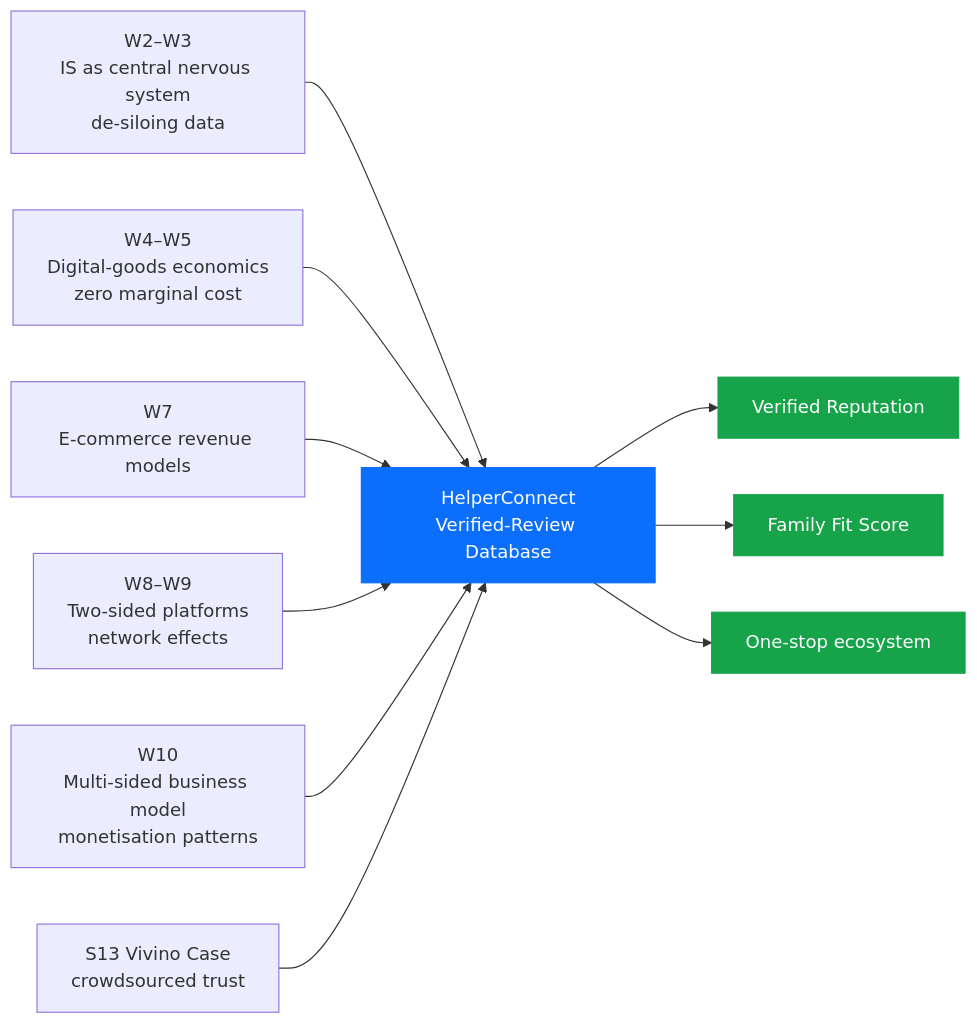
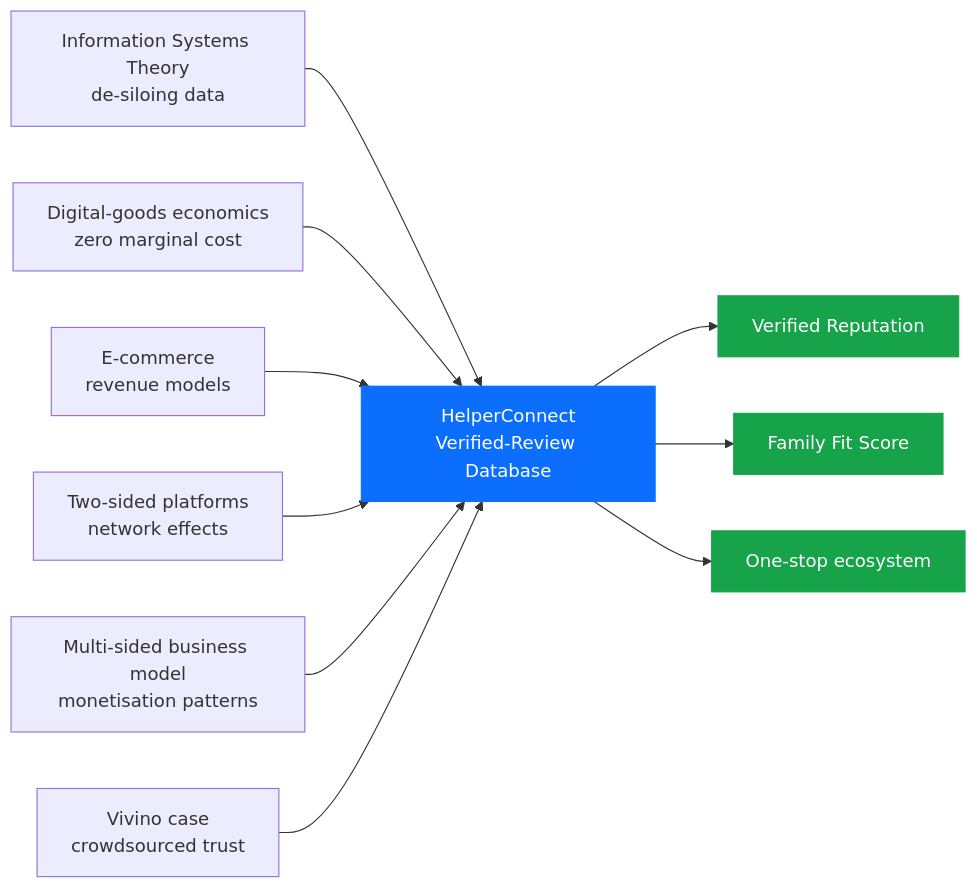
One commit to LU-Chuanyu/isom2010 changed the first of 10 diagrams in HelperConnect_Final_Report.md. Above: the diagram before and after it, drawn with Mermaid. The commit also changed other lines of this file, not shown here.

````diff
--- a/HelperConnect_Final_Report.md
+++ b/HelperConnect_Final_Report.md
@@ -57,17 +57,17 @@
 ```mermaid
 flowchart LR
-    A["W2–W3<br/>IS as central nervous system<br/>de-siloing data"] --> P["HelperConnect<br/>Verified-Review Database"]
-    B["W4–W5<br/>Digital-goods economics<br/>zero marginal cost"] --> P
-    C["W7<br/>E-commerce revenue models"] --> P
-    D["W8–W9<br/>Two-sided platforms<br/>network effects"] --> P
-    E["W10<br/>Multi-sided business model<br/>monetisation patterns"] --> P
-    F["S13 Vivino Case<br/>crowdsourced trust"] --> P
+    A["Information Systems Theory<br/>de-siloing data"] --> P["HelperConnect<br/>Verified-Review Database"]
+    B["Digital-goods economics<br/>zero marginal cost"] --> P
+    C["E-commerce<br/>revenue models"] --> P
+    D["Two-sided platforms<br/>network effects"] --> P
+    E["Multi-sided business model<br/>monetisation patterns"] --> P
+    F["Vivino case<br/>crowdsourced trust"] --> P
     P --> O1["Verified Reputation"]
     P --> O2["Family Fit Score"]
     P --> O3["One-stop ecosystem"]
 
     style P fill:#0b6efd,stroke:#0b6efd,color:#fff
     style O1 fill:#16a34a,stroke:#16a34a,color:#fff
     style O2 fill:#16a34a,stroke:#16a34a,color:#fff
     style O3 fill:#16a34a,stroke:#16a34a,color:#fff
 ```
````
